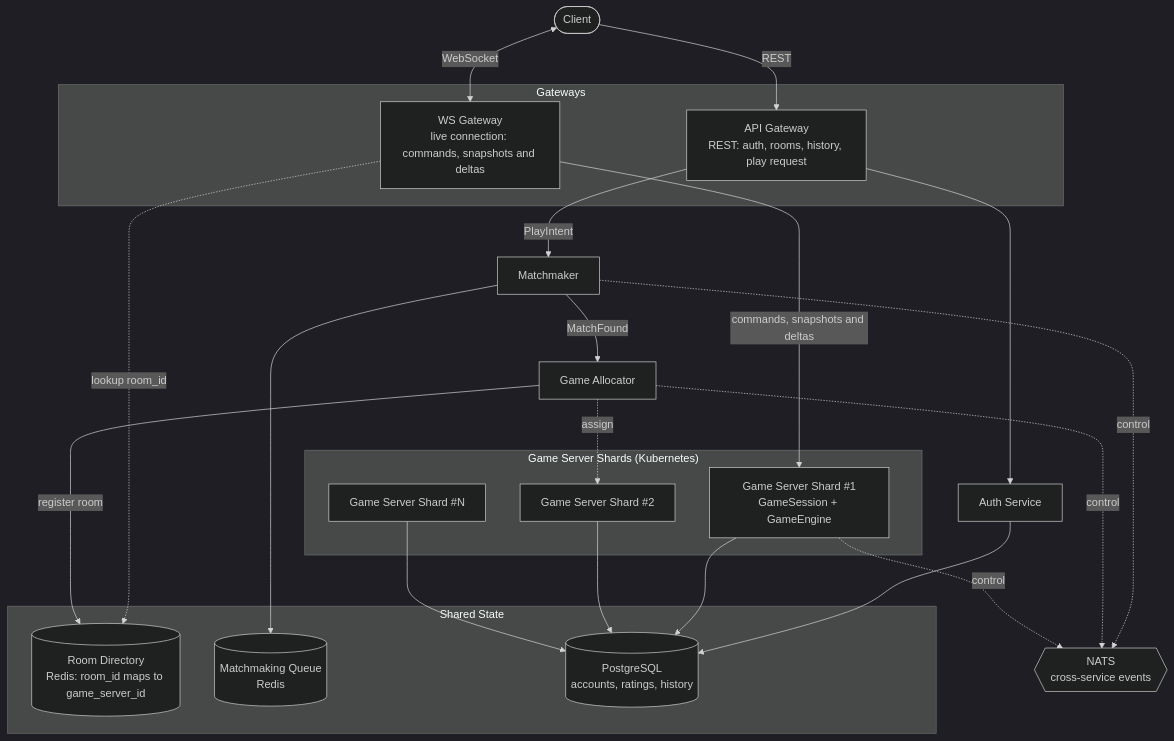
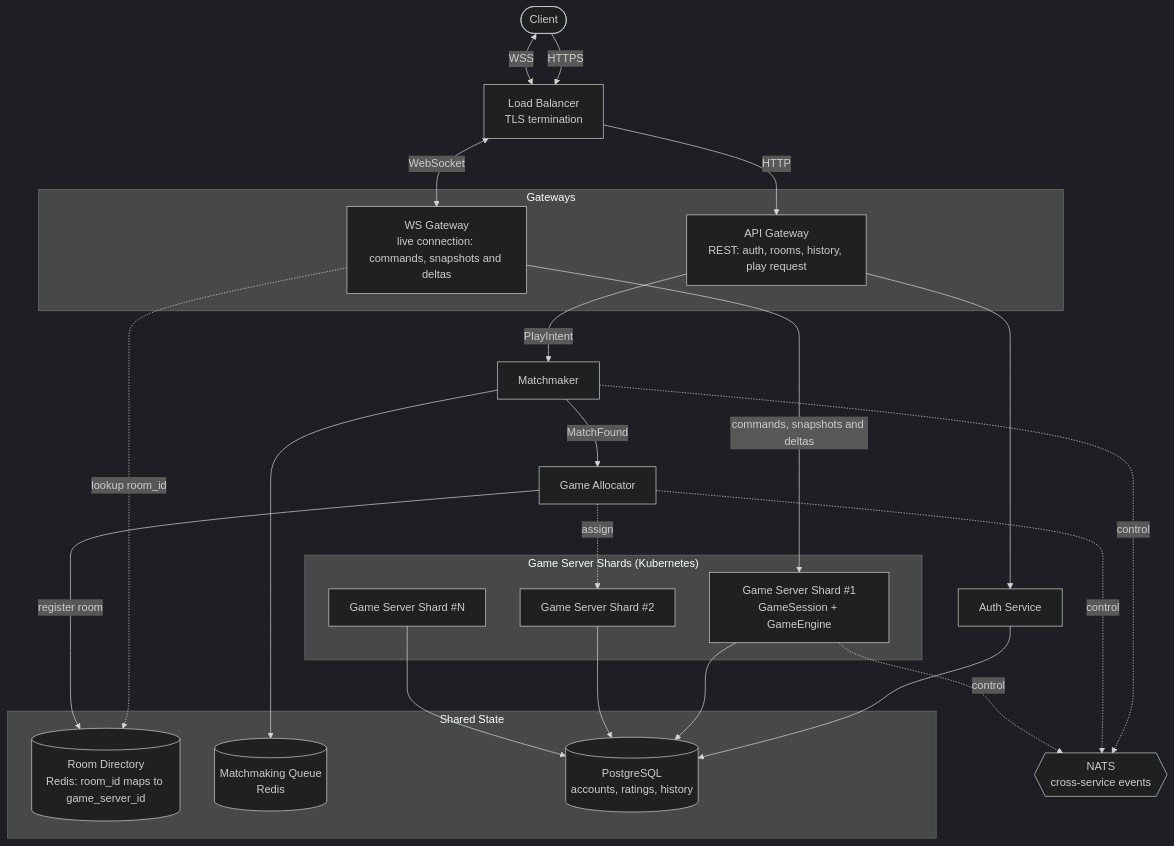
One commit to dassikelerman/KFChess changed the diagram in Server_Design.md. Above: the diagram before and after it, drawn with Mermaid (dark theme). The commit also changed other lines of this file, not shown here.

First line of the commit message:
Add Load Balancer component to Server_Design.md

````diff
--- a/Server_Design.md
+++ b/Server_Design.md
@@ -68,50 +70,53 @@
 ```mermaid
 flowchart TB
     Client(["Client"])
+    LB["Load Balancer<br/>TLS termination"]
 
     subgraph GW["Gateways"]
         APIGW["API Gateway<br/>REST: auth, rooms, history, play request"]
         WSGW["WS Gateway<br/>live connection: commands, snapshots and deltas"]
     end
 
     Auth["Auth Service"]
     MM["Matchmaker"]
     GA["Game Allocator"]
 
     subgraph Shared["Shared State"]
         Dir[("Room Directory<br/>Redis: room_id maps to game_server_id")]
         Q[("Matchmaking Queue<br/>Redis")]
         PG[("PostgreSQL<br/>accounts, ratings, history")]
     end
 
     subgraph Shards["Game Server Shards (Kubernetes)"]
         GS1["Game Server Shard #1<br/>GameSession + GameEngine"]
         GS2["Game Server Shard #2"]
         GSN["Game Server Shard #N"]
     end
 
     Bus{{"NATS<br/>cross-service events"}}
 
-    Client -->|REST| APIGW
-    Client <-->|WebSocket| WSGW
+    Client -->|HTTPS| LB
+    Client <-->|WSS| LB
+    LB -->|HTTP| APIGW
+    LB <-->|WebSocket| WSGW
 
     APIGW --> Auth
     Auth --> PG
     APIGW -->|PlayIntent| MM
 
     WSGW -->|commands, snapshots and deltas| GS1
     WSGW -.->|lookup room_id| Dir
 
     MM --> Q
     MM -->|MatchFound| GA
     GA -->|register room| Dir
     GA -.->|assign| GS2
 
     GS1 --> PG
     GS2 --> PG
     GSN --> PG
 
     MM -.->|control| Bus
     GA -.->|control| Bus
     GS1 -.->|control| Bus
 ```
````
